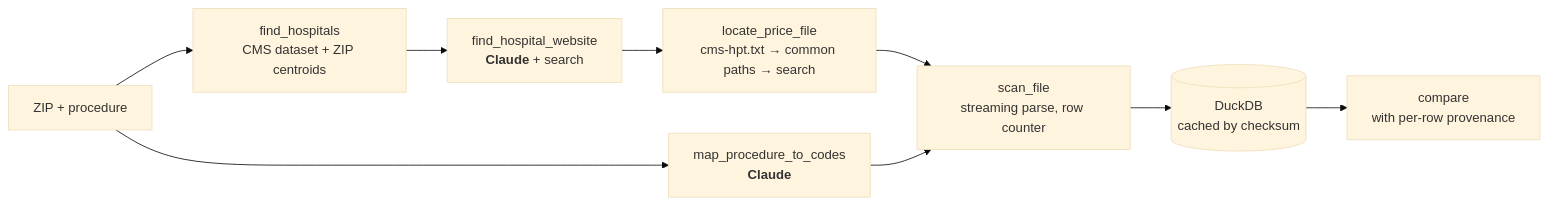
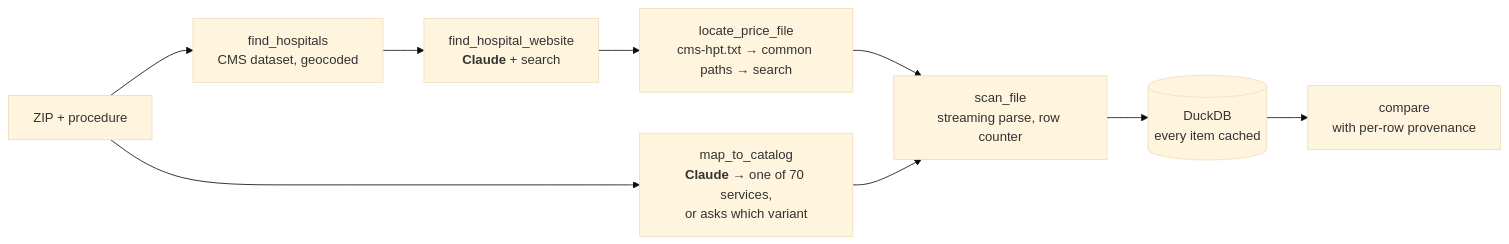
The diagram in README.md (alexspili/hospital-price-agent), drawn with Mermaid (base theme) before and after one commit. The commit also changed other lines of this file and 19 other files, not shown here.

First line of the commit message:
Geocode hospitals, add the 70-service catalog, fix review findings

````diff
--- a/README.md
+++ b/README.md
@@ -44,11 +68,11 @@
 ```mermaid
 flowchart LR
-    Z[ZIP + procedure] --> H[find_hospitals<br/>CMS dataset + ZIP centroids]
-    Z --> M[map_procedure_to_codes<br/><b>Claude</b>]
+    Z[ZIP + procedure] --> H[find_hospitals<br/>CMS dataset, geocoded]
+    Z --> M[map_to_catalog<br/><b>Claude</b> → one of 70 services,<br/>or asks which variant]
     H --> W[find_hospital_website<br/><b>Claude</b> + search]
     W --> L[locate_price_file<br/>cms-hpt.txt → common paths → search]
     L --> S[scan_file<br/>streaming parse, row counter]
     M --> S
-    S --> D[(DuckDB<br/>cached by checksum)]
+    S --> D[(DuckDB<br/>every item cached)]
     D --> C[compare<br/>with per-row provenance]
 ```
````
